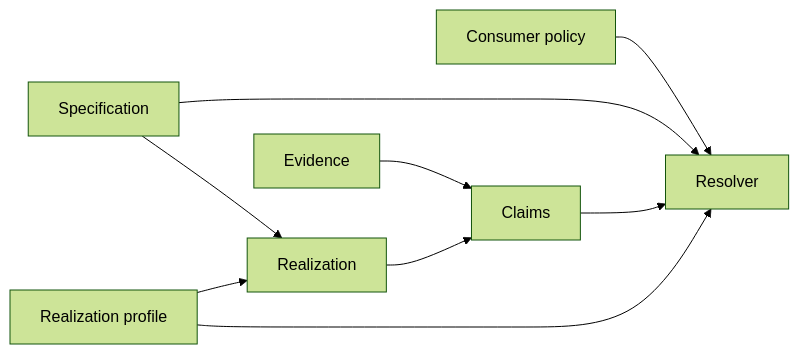
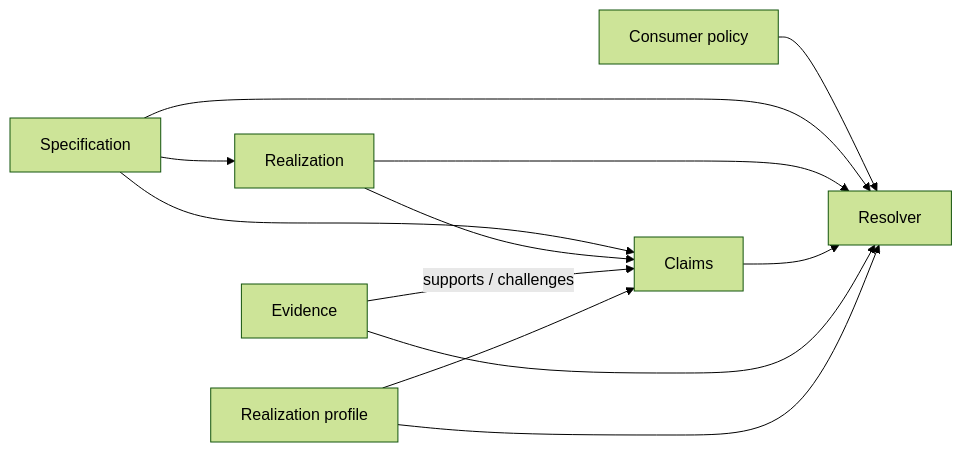
One commit to phibkro/semantic-packages changed the diagram in ARCHITECTURE.md. Above: the diagram before and after it, drawn with Mermaid (forest theme). The commit also changed other lines of this file and 397 other files, not shown here.

````diff
--- a/ARCHITECTURE.md
+++ b/ARCHITECTURE.md
@@ -7,11 +7,14 @@
 ```mermaid
 flowchart LR
     S[Specification] --> R[Realization]
-    E[Evidence] --> C[Claims]
+    S --> C[Claims]
     R --> C
-    P[Realization profile] --> R
+    E[Evidence] -->|supports / challenges| C
+    P[Realization profile] --> C
     U[Consumer policy] --> X[Resolver]
     S --> X
+    R --> X
     C --> X
+    E --> X
     P --> X
 ```
````
